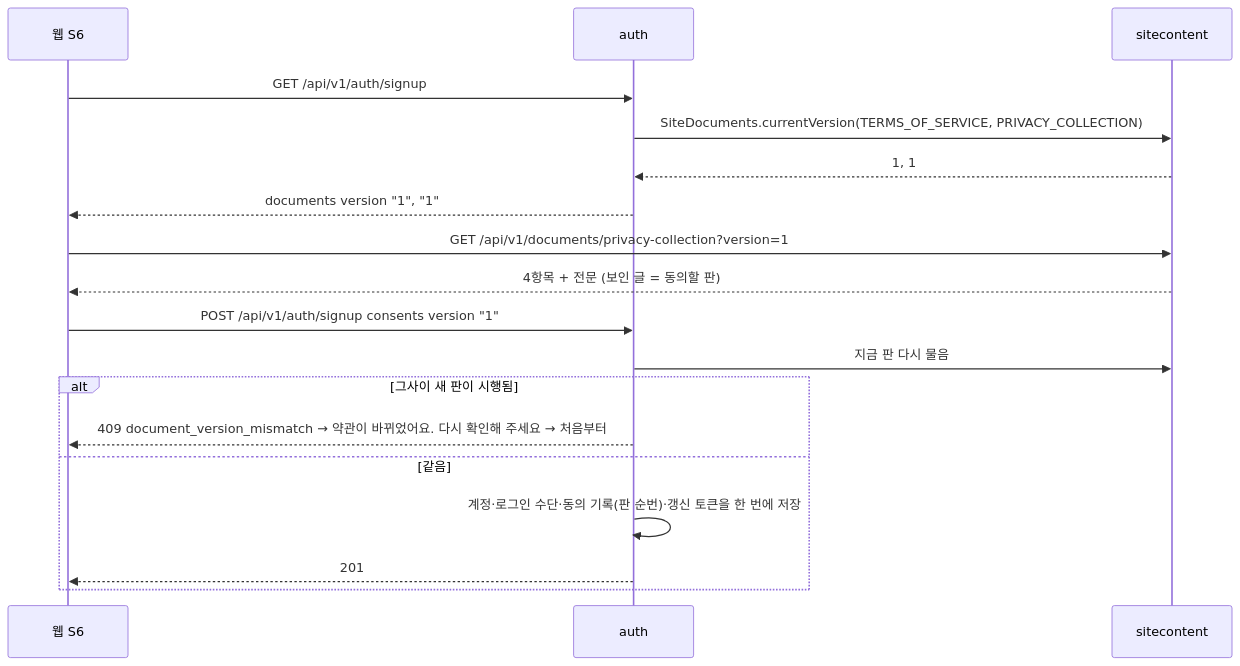
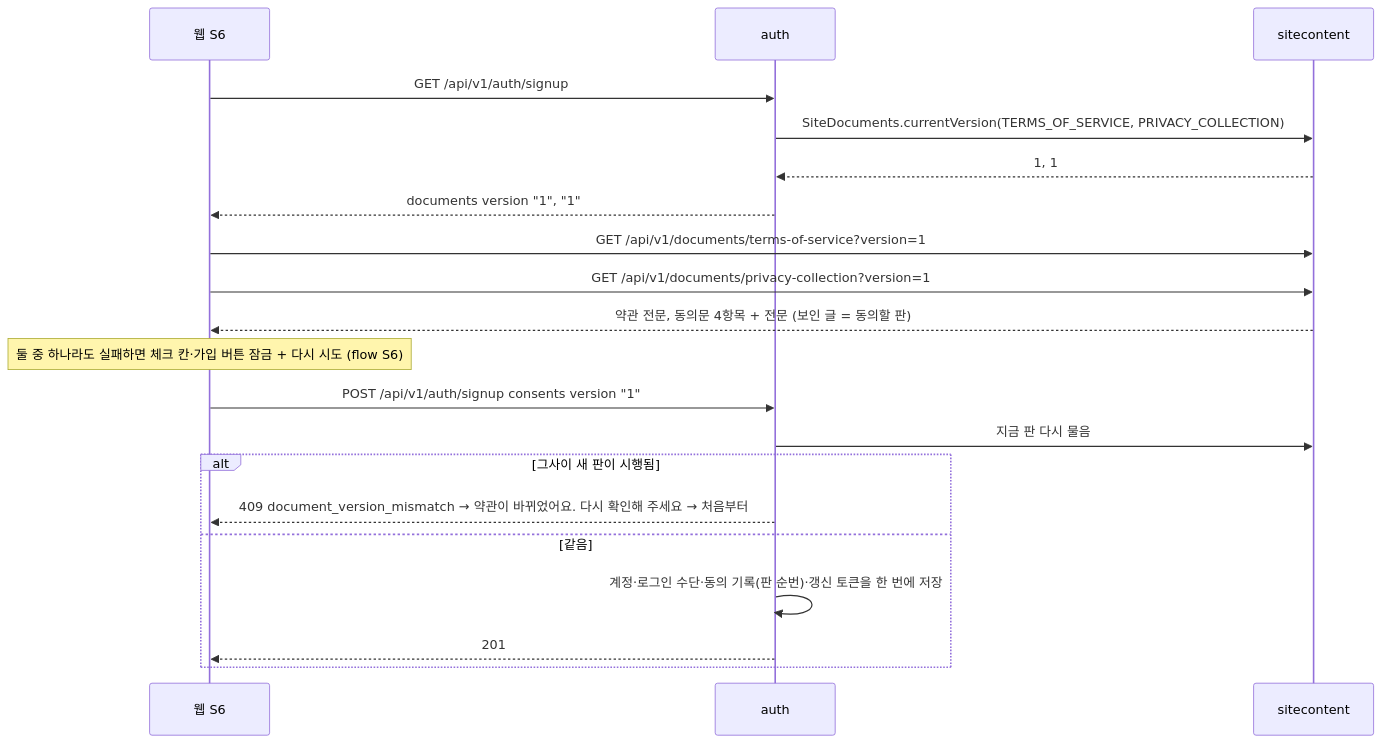
One commit to hodu-sketch/chaekcheck-plan changed the fourth of 7 diagrams in docs/cycles/16-notices-and-policies/design-delta.md. Above: the diagram before and after it, drawn with Mermaid. The commit also changed other lines of this file and 15 other files, not shown here.

````diff
--- a/docs/cycles/16-notices-and-policies/design-delta.md
+++ b/docs/cycles/16-notices-and-policies/design-delta.md
@@ -72,20 +72,22 @@
 ```mermaid
 sequenceDiagram
   participant W as 웹 S6
   participant A as auth
   participant S as sitecontent
   W->>A: GET /api/v1/auth/signup
   A->>S: SiteDocuments.currentVersion(TERMS_OF_SERVICE, PRIVACY_COLLECTION)
   S-->>A: 1, 1
   A-->>W: documents version "1", "1"
+  W->>S: GET /api/v1/documents/terms-of-service?version=1
   W->>S: GET /api/v1/documents/privacy-collection?version=1
-  S-->>W: 4항목 + 전문 (보인 글 = 동의할 판)
+  S-->>W: 약관 전문, 동의문 4항목 + 전문 (보인 글 = 동의할 판)
+  Note over W: 둘 중 하나라도 실패하면 체크 칸·가입 버튼 잠금 + 다시 시도 (flow S6)
   W->>A: POST /api/v1/auth/signup consents version "1"
   A->>S: 지금 판 다시 물음
   alt 그사이 새 판이 시행됨
     A-->>W: 409 document_version_mismatch → 약관이 바뀌었어요. 다시 확인해 주세요 → 처음부터
   else 같음
     A->>A: 계정·로그인 수단·동의 기록(판 순번)·갱신 토큰을 한 번에 저장
     A-->>W: 201
   end
 ```
````
